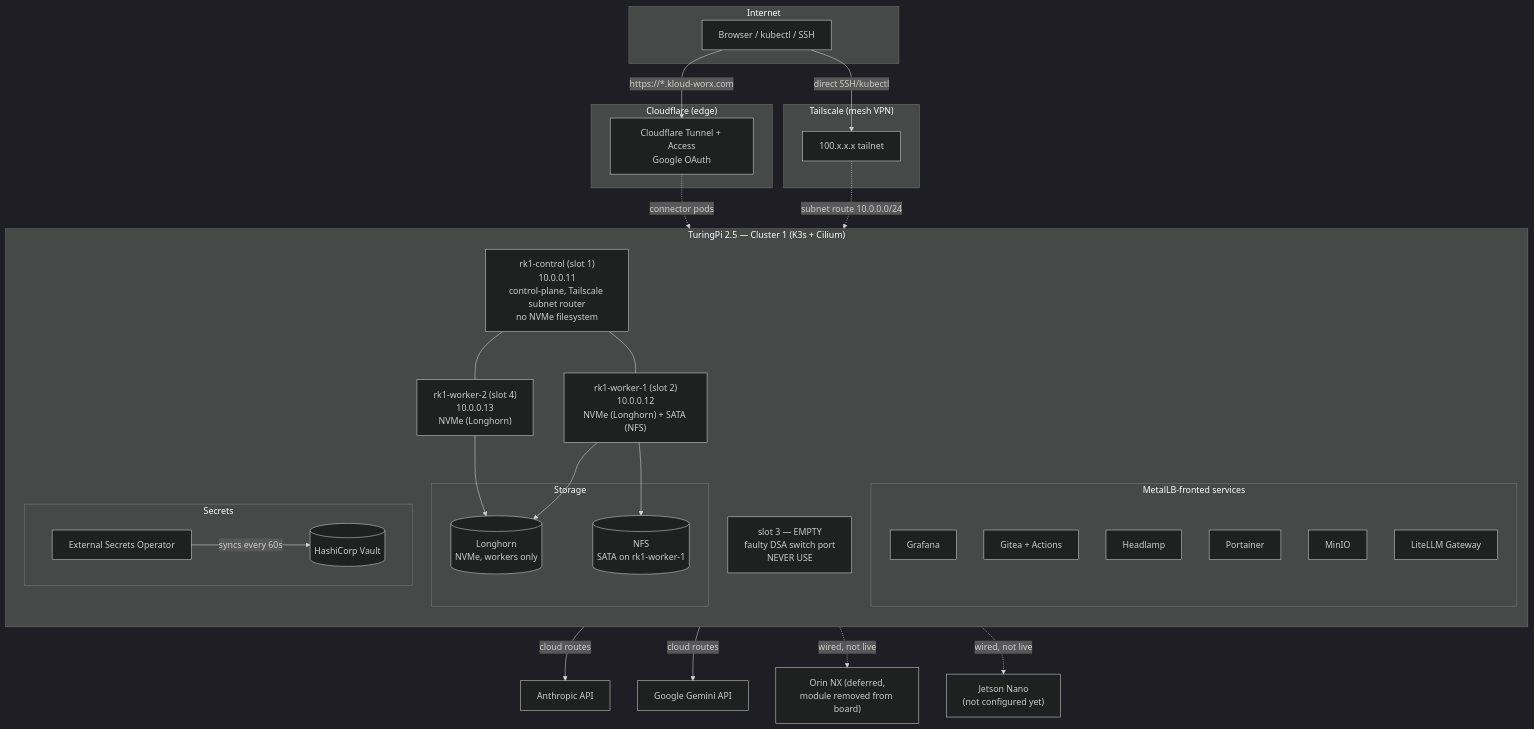
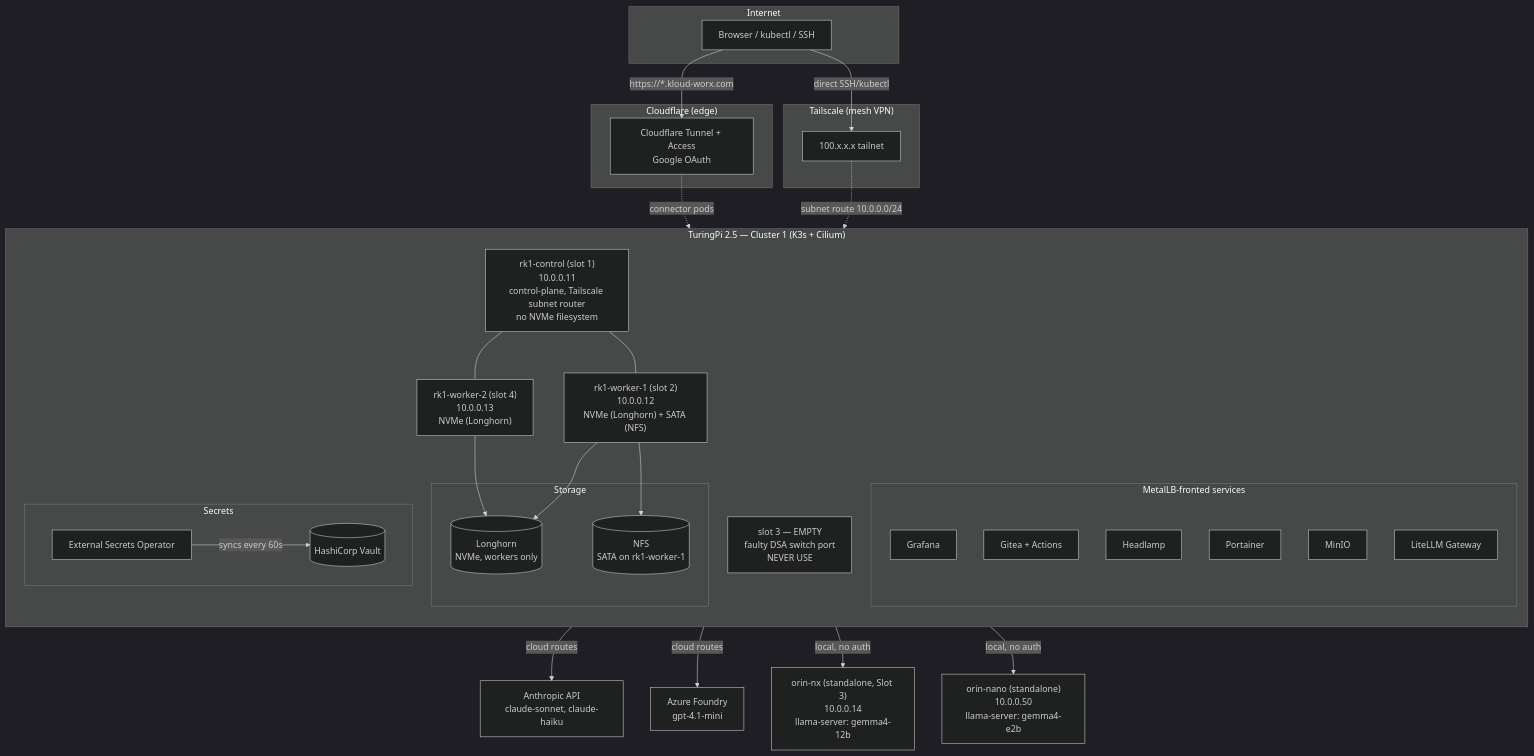
The diagram in README.md (p-rajesh50/turingpi-homelab), drawn with Mermaid (dark theme) before and after one commit. The commit also changed other lines of this file, not shown here.

````diff
--- a/README.md
+++ b/README.md
@@ -28,60 +31,60 @@
 ```mermaid
 flowchart TB
     subgraph Internet
         User[Browser / kubectl / SSH]
     end
 
     subgraph CF["Cloudflare (edge)"]
         Tunnel[Cloudflare Tunnel + Access<br/>Google OAuth]
     end
 
     subgraph TS["Tailscale (mesh VPN)"]
         TSNet[100.x.x.x tailnet]
     end
 
     User -->|https://*.kloud-worx.com| Tunnel
     User -->|direct SSH/kubectl| TSNet
 
     subgraph Cluster1["TuringPi 2.5 — Cluster 1 (K3s + Cilium)"]
         direction TB
         Control["rk1-control (slot 1)<br/>10.0.0.11<br/>control-plane, Tailscale subnet router<br/>no NVMe filesystem"]
         Worker1["rk1-worker-1 (slot 2)<br/>10.0.0.12<br/>NVMe (Longhorn) + SATA (NFS)"]
         Worker2["rk1-worker-2 (slot 4)<br/>10.0.0.13<br/>NVMe (Longhorn)"]
         Slot3["slot 3 — EMPTY<br/>faulty DSA switch port<br/>NEVER USE"]
 
         Tunnel -.->|connector pods| Control
         TSNet -.->|subnet route 10.0.0.0/24| Control
 
         Control --- Worker1
         Control --- Worker2
 
         subgraph Addons["MetalLB-fronted services"]
             Grafana[Grafana]
             Gitea[Gitea + Actions]
             Headlamp[Headlamp]
             Portainer[Portainer]
             MinIO[MinIO]
             LiteLLM[LiteLLM Gateway]
         end
 
         subgraph Storage["Storage"]
             Longhorn[(Longhorn<br/>NVMe, workers only)]
             NFS[(NFS<br/>SATA on rk1-worker-1)]
         end
 
         subgraph Secrets["Secrets"]
             Vault[(HashiCorp Vault)]
             ESO[External Secrets Operator]
             ESO -->|syncs every 60s| Vault
         end
 
         Worker1 --> Longhorn
         Worker2 --> Longhorn
         Worker1 --> NFS
     end
 
-    LiteLLM -->|cloud routes| Anthropic[Anthropic API]
-    LiteLLM -->|cloud routes| Gemini[Google Gemini API]
-    LiteLLM -.->|wired, not live| OrinDeferred["Orin NX (deferred,<br/>module removed from board)"]
-    LiteLLM -.->|wired, not live| NanoTBD["Jetson Nano<br/>(not configured yet)"]
+    LiteLLM -->|cloud routes| Anthropic["Anthropic API<br/>claude-sonnet, claude-haiku"]
+    LiteLLM -->|cloud routes| AzureFoundry["Azure Foundry<br/>gpt-4.1-mini"]
+    LiteLLM -->|local, no auth| OrinNX["orin-nx (standalone, Slot 3)<br/>10.0.0.14<br/>llama-server: gemma4-12b"]
+    LiteLLM -->|local, no auth| OrinNano["orin-nano (standalone)<br/>10.0.0.50<br/>llama-server: gemma4-e2b"]
 ```
````
